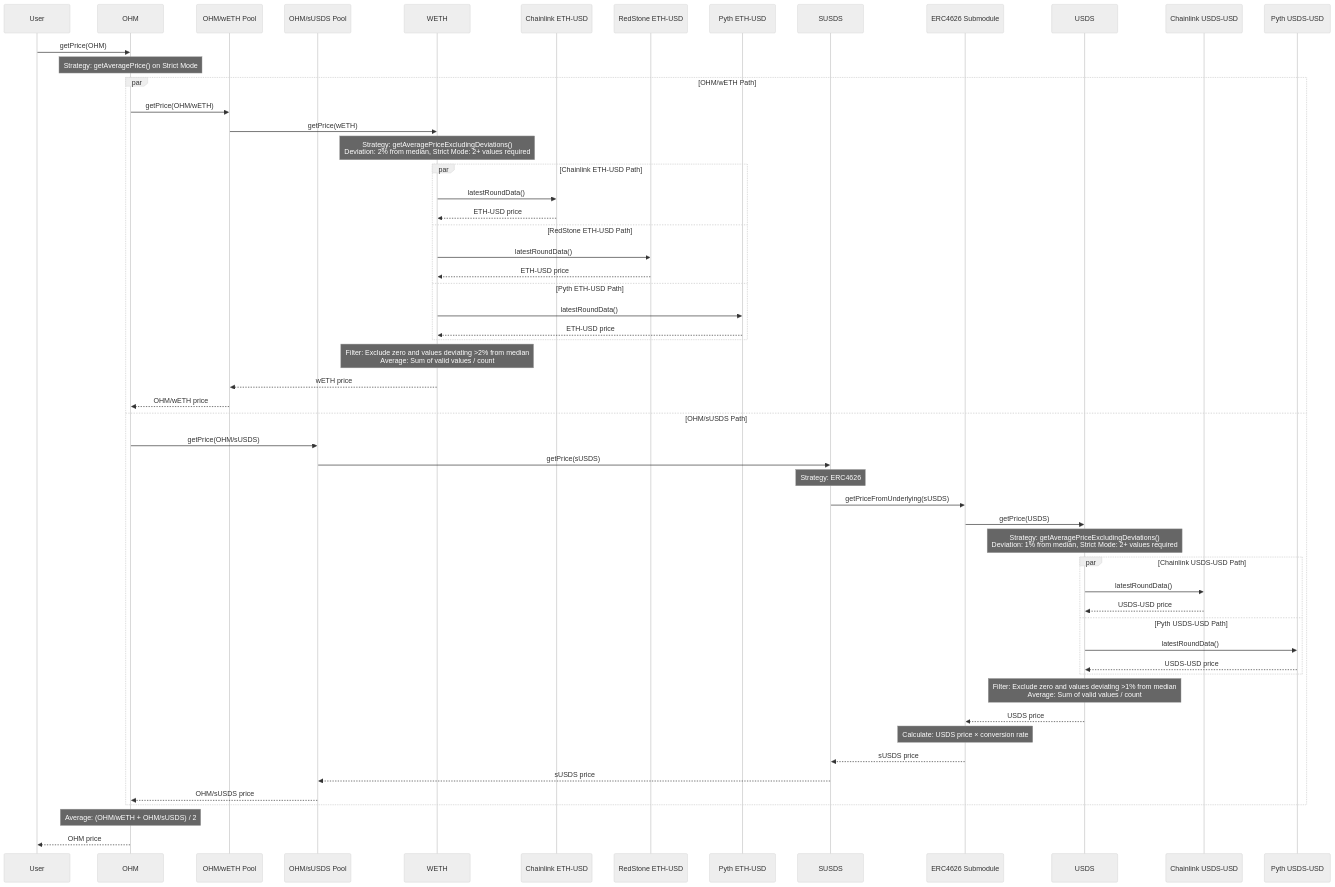
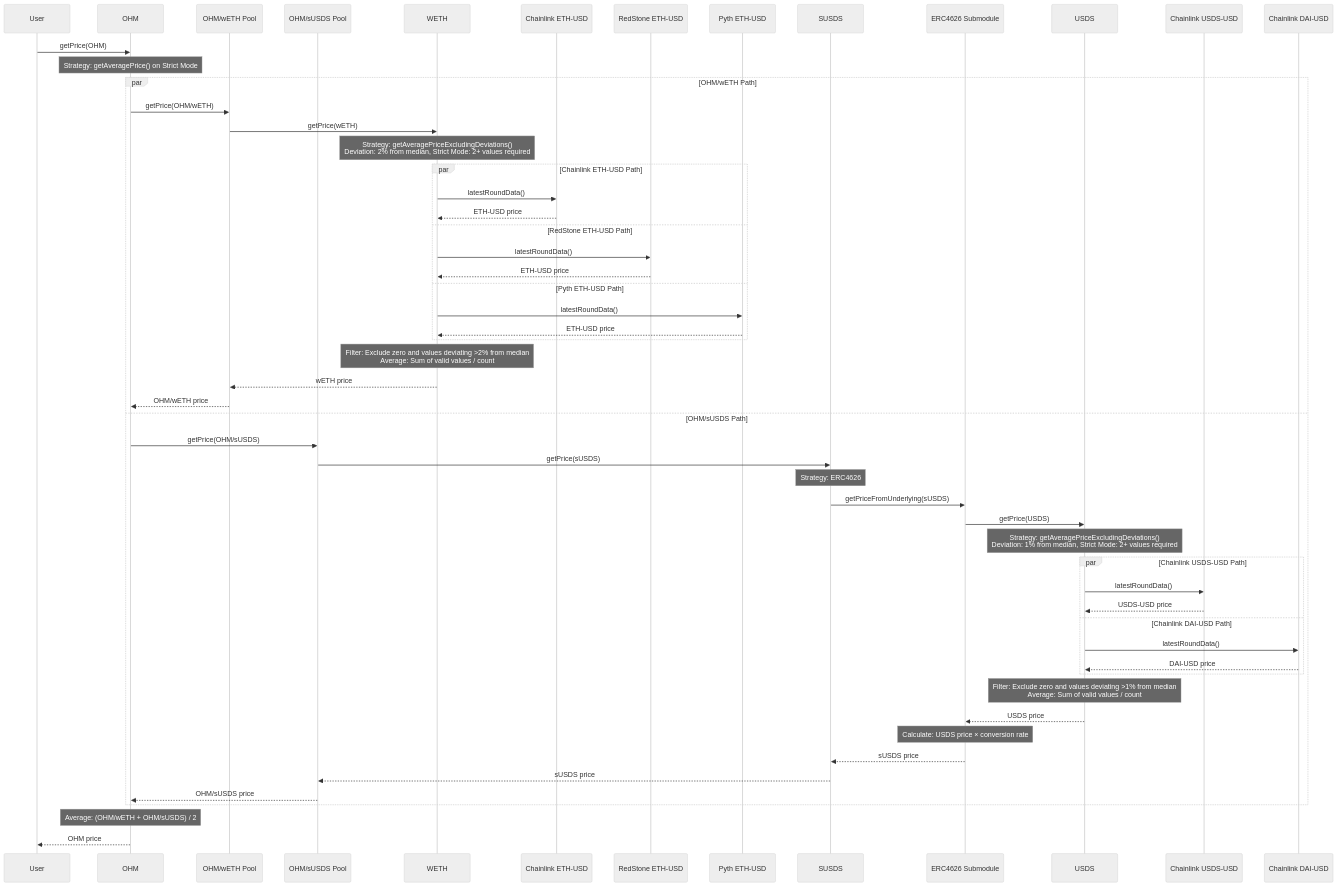
Before and after one commit to OlympusDAO/olympus-v3: the third of 3 diagrams in documentation/price.md, drawn with Mermaid (neutral theme). The commit also changed other lines of this file and 2 other files, not shown here.

Commit message:
script: replace Pyth USDS price feed with Chainlink DAI-USD

````diff
--- a/documentation/price.md
+++ b/documentation/price.md
@@ -95,70 +95,70 @@
 ```mermaid
 sequenceDiagram
     participant User
     participant OHM
     participant OHM_WETH_Pool as OHM/wETH Pool
     participant OHM_SUSDS_Pool as OHM/sUSDS Pool
     participant WETH
     participant CL_ETH as Chainlink ETH-USD
     participant RS_ETH as RedStone ETH-USD
     participant Pyth_ETH as Pyth ETH-USD
     participant SUSDS
     participant ERC4626 as ERC4626 Submodule
     participant USDS
     participant CL_USDS as Chainlink USDS-USD
-    participant Pyth_USDS as Pyth USDS-USD
+    participant CL_DAI as Chainlink DAI-USD
 
     User->>OHM: getPrice(OHM)
 
     Note over OHM: Strategy: getAveragePrice() on Strict Mode
 
     par OHM/wETH Path
         OHM->>OHM_WETH_Pool: getPrice(OHM/wETH)
         OHM_WETH_Pool->>WETH: getPrice(wETH)
 
         Note over WETH: Strategy: getAveragePriceExcludingDeviations()<br/>Deviation: 2% from median, Strict Mode: 2+ values required
 
         par Chainlink ETH-USD Path
             WETH->>CL_ETH: latestRoundData()
             CL_ETH-->>WETH: ETH-USD price
         and RedStone ETH-USD Path
             WETH->>RS_ETH: latestRoundData()
             RS_ETH-->>WETH: ETH-USD price
         and Pyth ETH-USD Path
             WETH->>Pyth_ETH: latestRoundData()
             Pyth_ETH-->>WETH: ETH-USD price
         end
 
         Note over WETH: Filter: Exclude zero and values deviating >2% from median<br/>Average: Sum of valid values / count
         WETH-->>OHM_WETH_Pool: wETH price
         OHM_WETH_Pool-->>OHM: OHM/wETH price
     and OHM/sUSDS Path
         OHM->>OHM_SUSDS_Pool: getPrice(OHM/sUSDS)
         OHM_SUSDS_Pool->>SUSDS: getPrice(sUSDS)
 
         Note over SUSDS: Strategy: ERC4626
 
         SUSDS->>ERC4626: getPriceFromUnderlying(sUSDS)
         ERC4626->>USDS: getPrice(USDS)
 
         Note over USDS: Strategy: getAveragePriceExcludingDeviations()<br/>Deviation: 1% from median, Strict Mode: 2+ values required
 
         par Chainlink USDS-USD Path
             USDS->>CL_USDS: latestRoundData()
             CL_USDS-->>USDS: USDS-USD price
-        and Pyth USDS-USD Path
-            USDS->>Pyth_USDS: latestRoundData()
-            Pyth_USDS-->>USDS: USDS-USD price
+        and Chainlink DAI-USD Path
+            USDS->>CL_DAI: latestRoundData()
+            CL_DAI-->>USDS: DAI-USD price
         end
 
         Note over USDS: Filter: Exclude zero and values deviating >1% from median<br/>Average: Sum of valid values / count
         USDS-->>ERC4626: USDS price
         Note over ERC4626: Calculate: USDS price × conversion rate
         ERC4626-->>SUSDS: sUSDS price
         SUSDS-->>OHM_SUSDS_Pool: sUSDS price
         OHM_SUSDS_Pool-->>OHM: OHM/sUSDS price
     end
 
     Note over OHM: Average: (OHM/wETH + OHM/sUSDS) / 2
     OHM-->>User: OHM price
 ```
````
